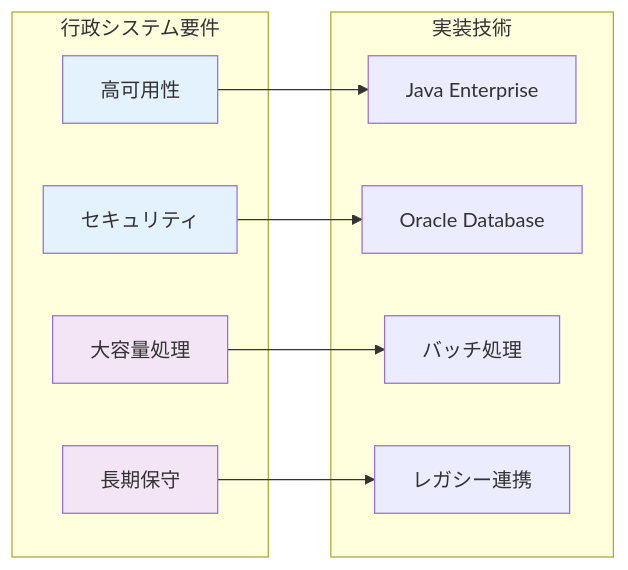
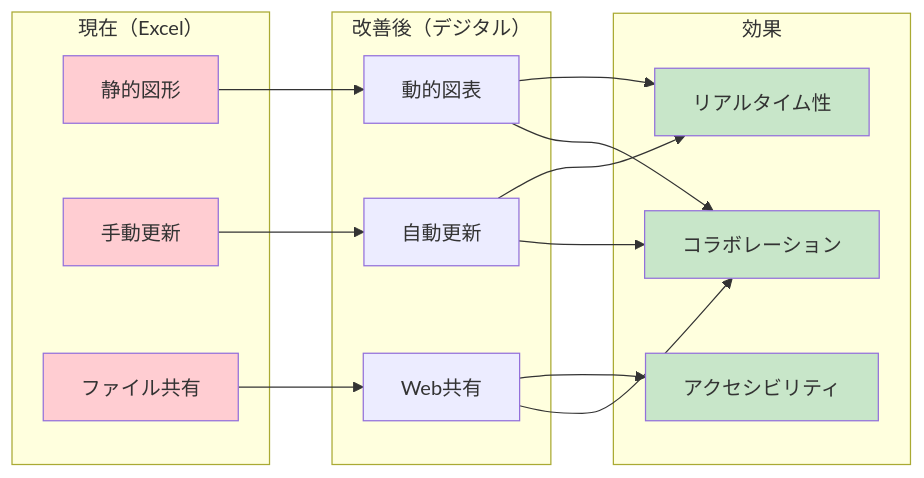
One commit to MasatakaNakamura/xlsx-data-analyzer changed the eighth of 13 diagrams in docs/経歴書サンプル_総合分析レポート.md. Above: the diagram before and after it, drawn with Mermaid. The commit also changed other lines of this file and 32 other files, not shown here.

````diff
--- a/docs/経歴書サンプル_総合分析レポート.md
+++ b/docs/経歴書サンプル_総合分析レポート.md
@@ -240,26 +259,34 @@
 ```mermaid
 graph LR
-    subgraph "行政システム要件"
-        A[高可用性]
-        B[セキュリティ]
-        C[大容量処理]
-        D[長期保守]
+    subgraph "現在（Excel）"
+        CURRENT1[静的図形]
+        CURRENT2[手動更新]
+        CURRENT3[ファイル共有]
     end
 
-    subgraph "実装技術"
-        E[Java Enterprise]
-        F[Oracle Database]
-        G[バッチ処理]
-        H[レガシー連携]
+    subgraph "改善後（デジタル）"
+        IMPROVED1[動的図表]
+        IMPROVED2[自動更新]
+        IMPROVED3[Web共有]
     end
 
-    A --> E
-    B --> F
-    C --> G
-    D --> H
+    subgraph "効果"
+        EFFECT1[リアルタイム性]
+        EFFECT2[アクセシビリティ]
+        EFFECT3[コラボレーション]
+    end
 
-    style A fill:#e3f2fd
-    style B fill:#e3f2fd
-    style C fill:#f3e5f5
-    style D fill:#f3e5f5
+    CURRENT1 --> IMPROVED1 --> EFFECT1
+    CURRENT2 --> IMPROVED2 --> EFFECT1
+    CURRENT3 --> IMPROVED3 --> EFFECT2
+    IMPROVED1 --> EFFECT3
+    IMPROVED2 --> EFFECT3
+    IMPROVED3 --> EFFECT3
+
+    style CURRENT1 fill:#ffcdd2
+    style CURRENT2 fill:#ffcdd2
+    style CURRENT3 fill:#ffcdd2
+    style EFFECT1 fill:#c8e6c9
+    style EFFECT2 fill:#c8e6c9
+    style EFFECT3 fill:#c8e6c9
 ```
````
